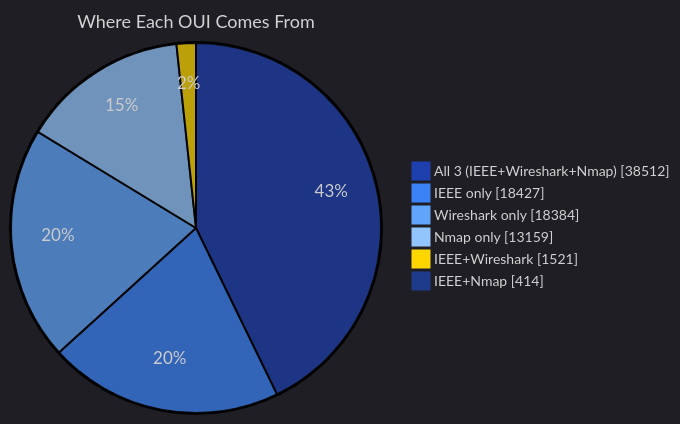
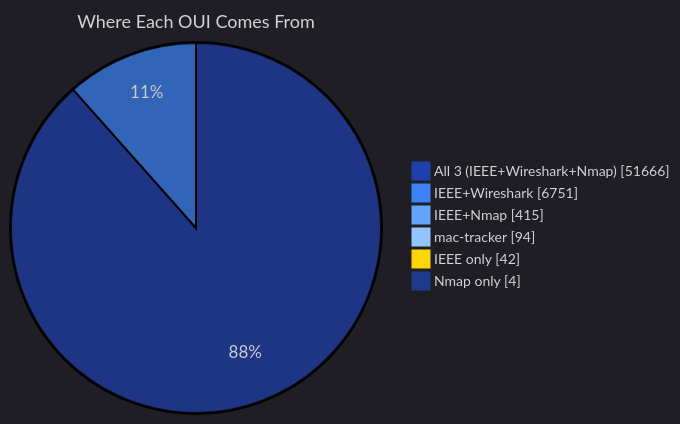
One commit to Ringmast4r/OUI-Master-Database changed the second of 5 diagrams in README.md. Above: the diagram before and after it, drawn with Mermaid. The commit also changed other lines of this file and 13 other files, not shown here.

First line of the commit message:
Key every block by its IEEE form; add registry status and registrant lineage from mac-tracker

````diff
--- a/README.md
+++ b/README.md
@@ -97,11 +97,11 @@
 ```mermaid
 %%{init: {'theme':'dark', 'themeVariables': {'pie1':'#1E40AF','pie2':'#3B82F6','pie3':'#60A5FA','pie4':'#93C5FD','pie5':'#FFD700','pie6':'#1E3A8A','pieTitleTextSize':'18px','pieLegendTextSize':'14px'}}}%%
 pie showData
     title Where Each OUI Comes From
-    "All 3 (IEEE+Wireshark+Nmap)" : 38512
-    "IEEE only" : 18427
-    "Wireshark only" : 18384
-    "Nmap only" : 13159
-    "IEEE+Wireshark" : 1521
-    "IEEE+Nmap" : 414
+    "All 3 (IEEE+Wireshark+Nmap)" : 51666
+    "IEEE+Wireshark" : 6751
+    "IEEE+Nmap" : 415
+    "mac-tracker" : 94
+    "IEEE only" : 42
+    "Nmap only" : 4
 ```
````
